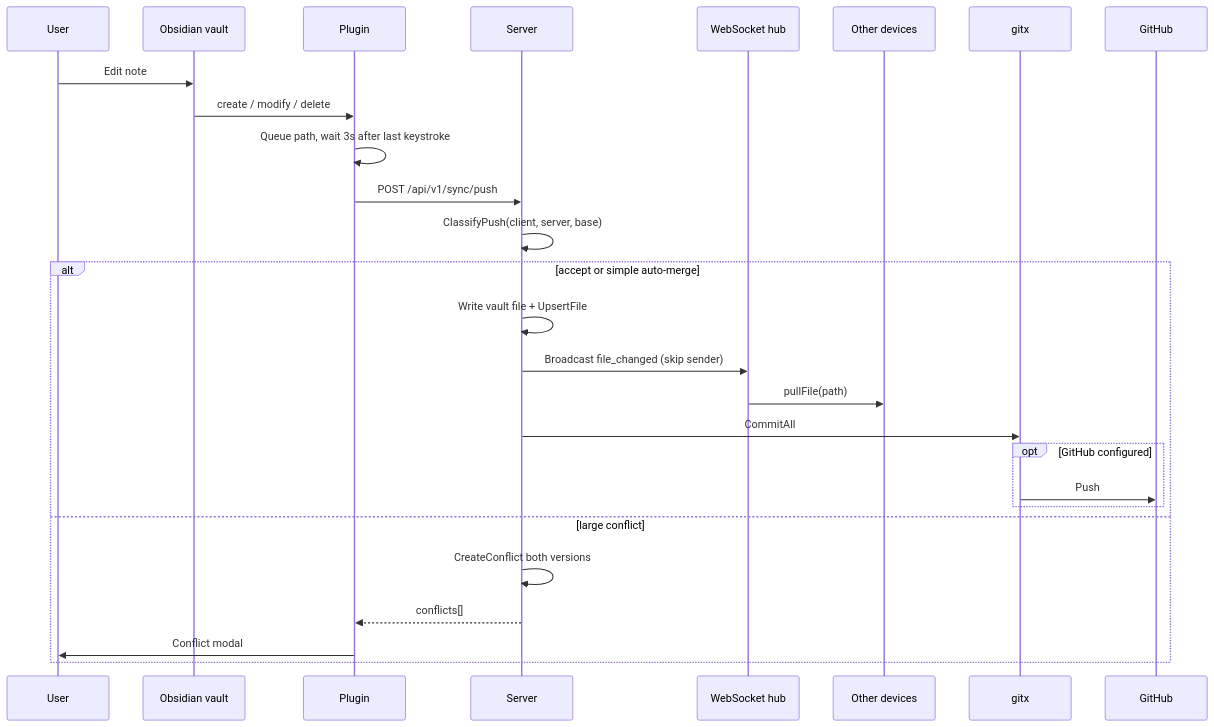
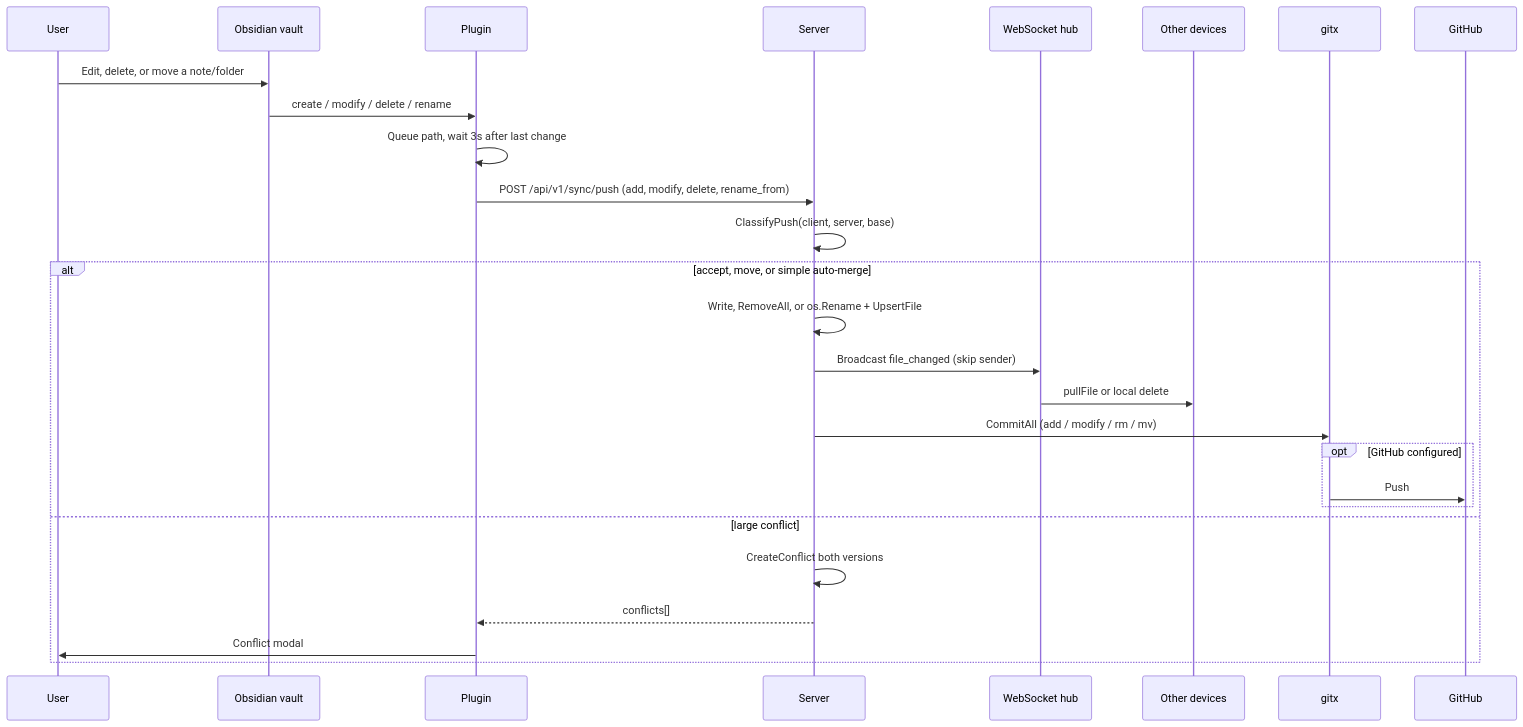
Before and after one commit to shangeethsivan/Syncidian: the sixth of 13 diagrams in docs/architecture.md, drawn with Mermaid. The commit also changed other lines of this file and 9 other files, not shown here.

First line of the commit message:
Handle file and folder moves as Git renames

````diff
--- a/docs/architecture.md
+++ b/docs/architecture.md
@@ -204,30 +204,30 @@
 ```mermaid
 sequenceDiagram
   participant User
   participant Vault as Obsidian vault
   participant Plugin as Plugin
   participant API as Server
   participant Hub as WebSocket hub
   participant Other as Other devices
   participant Git as gitx
   participant GH as GitHub
 
-  User->>Vault: Edit note
-  Vault->>Plugin: create / modify / delete
-  Plugin->>Plugin: Queue path, wait 3s after last keystroke
-  Plugin->>API: POST /api/v1/sync/push
+  User->>Vault: Edit, delete, or move a note/folder
+  Vault->>Plugin: create / modify / delete / rename
+  Plugin->>Plugin: Queue path, wait 3s after last change
+  Plugin->>API: POST /api/v1/sync/push (add, modify, delete, rename_from)
   API->>API: ClassifyPush(client, server, base)
-  alt accept or simple auto-merge
-    API->>API: Write vault file + UpsertFile
+  alt accept, move, or simple auto-merge
+    API->>API: Write, RemoveAll, or os.Rename + UpsertFile
     API->>Hub: Broadcast file_changed (skip sender)
-    Hub->>Other: pullFile(path)
-    API->>Git: CommitAll
+    Hub->>Other: pullFile or local delete
+    API->>Git: CommitAll (add / modify / rm / mv)
     opt GitHub configured
       Git->>GH: Push
     end
   else large conflict
     API->>API: CreateConflict both versions
     API-->>Plugin: conflicts[]
     Plugin->>User: Conflict modal
   end
 ```
````
